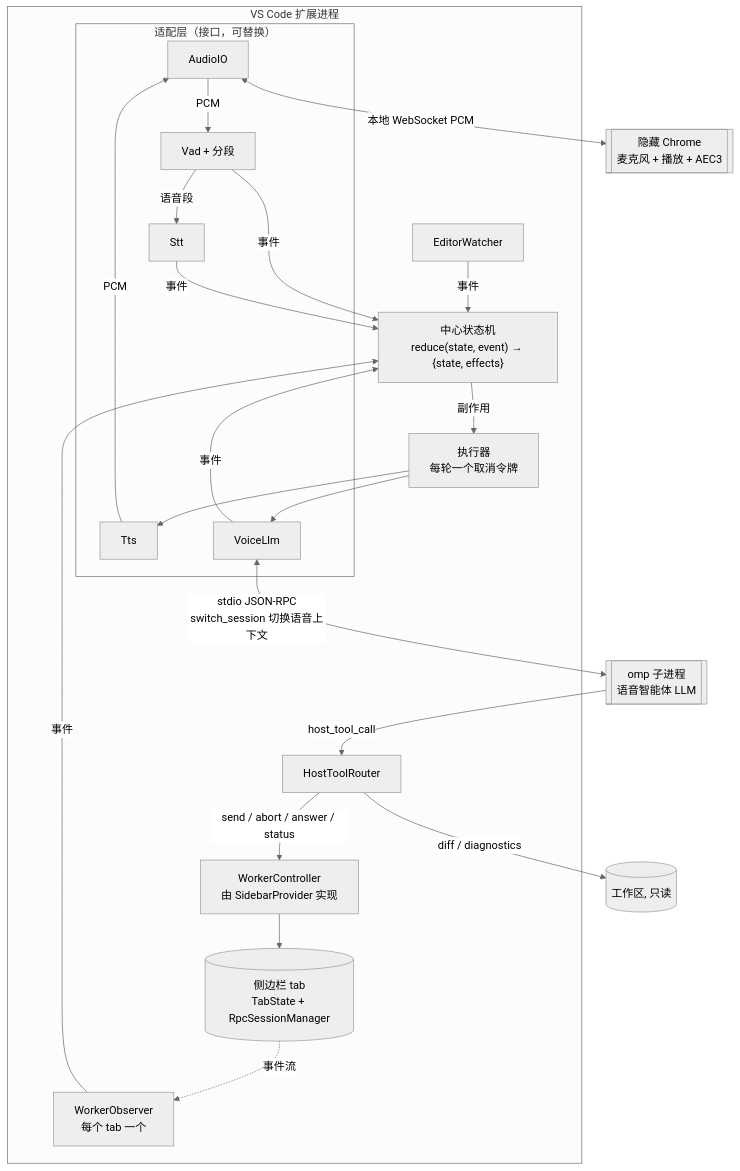
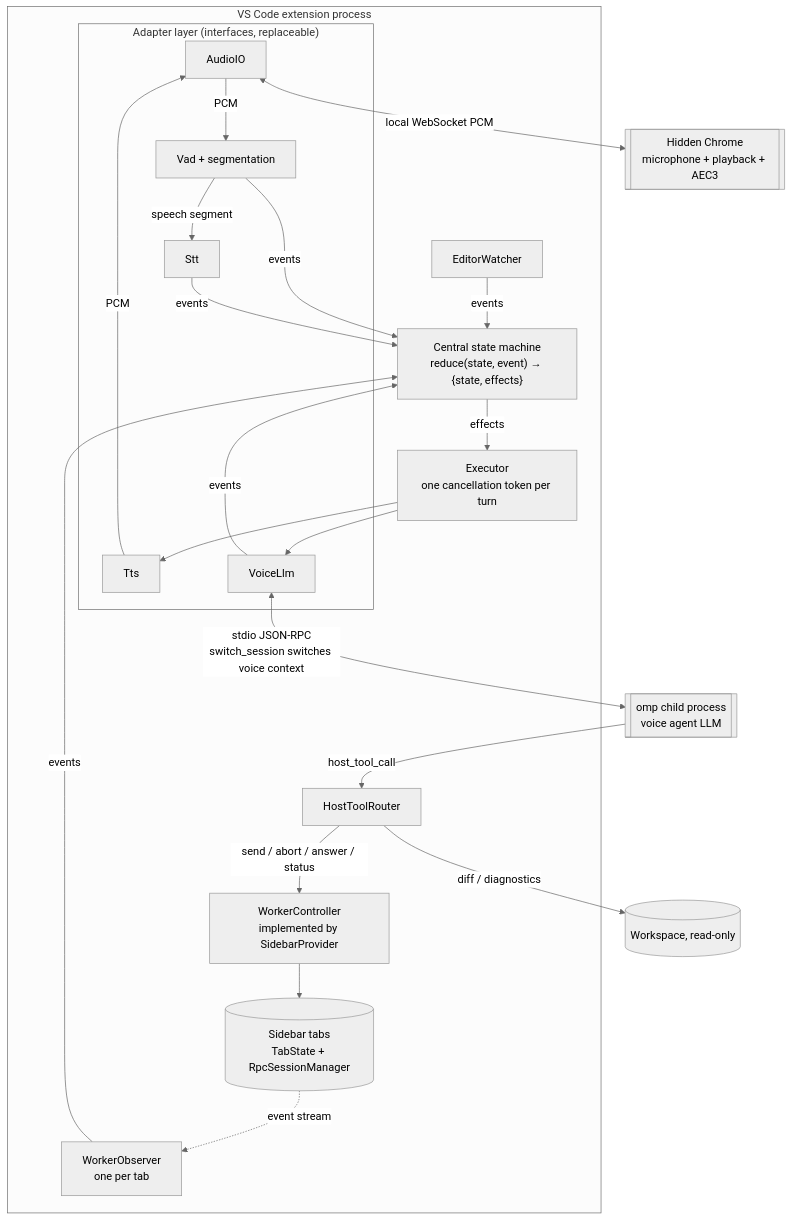
The first of 2 diagrams in docs/voice-agent-design.md (zhenguo1492/pi-fellow), drawn with Mermaid (neutral theme) before and after one commit. The commit also changed other lines of this file and 187 other files, not shown here.

````diff
--- a/docs/voice-agent-design.md
+++ b/docs/voice-agent-design.md
@@ -127,30 +127,30 @@
 ```mermaid
 flowchart TB
-  subgraph Ext["VS Code 扩展进程"]
-    subgraph IO["适配层（接口，可替换）"]
+  subgraph Ext["VS Code extension process"]
+    subgraph IO["Adapter layer (interfaces, replaceable)"]
       AIO[AudioIO]
-      VAD[Vad + 分段]
+      VAD[Vad + segmentation]
       STT[Stt]
       TTS[Tts]
       VL[VoiceLlm]
     end
-    R["中心状态机<br/>reduce(state, event) → {state, effects}"]
-    X[执行器<br/>每轮一个取消令牌]
-    OBS[WorkerObserver<br/>每个 tab 一个]
+    R["Central state machine<br/>reduce(state, event) → {state, effects}"]
+    X[Executor<br/>one cancellation token per turn]
+    OBS[WorkerObserver<br/>one per tab]
     EDW[EditorWatcher]
     HT[HostToolRouter]
-    WC[WorkerController<br/>由 SidebarProvider 实现]
-    TABS[(侧边栏 tab<br/>TabState + RpcSessionManager)]
-    AIO -->|PCM| VAD -->|语音段| STT
-    VAD & STT & VL & OBS & EDW -->|事件| R
-    R -->|副作用| X
+    WC[WorkerController<br/>implemented by SidebarProvider]
+    TABS[(Sidebar tabs<br/>TabState + RpcSessionManager)]
+    AIO -->|PCM| VAD -->|speech segment| STT
+    VAD & STT & VL & OBS & EDW -->|events| R
+    R -->|effects| X
     X --> VL
     X --> TTS -->|PCM| AIO
     HT -->|send / abort / answer / status| WC --> TABS
-    TABS -.事件流.-> OBS
+    TABS -.event stream.-> OBS
   end
-  AIO <-->|本地 WebSocket PCM| CH[[隐藏 Chrome<br/>麦克风 + 播放 + AEC3]]
-  VL <-->|stdio JSON-RPC<br/>switch_session 切换语音上下文| VP[[omp 子进程<br/>语音智能体 LLM]]
+  AIO <-->|local WebSocket PCM| CH[[Hidden Chrome<br/>microphone + playback + AEC3]]
+  VL <-->|stdio JSON-RPC<br/>switch_session switches voice context| VP[[omp child process<br/>voice agent LLM]]
   VP -->|host_tool_call| HT
-  HT -->|diff / diagnostics| FS[(工作区, 只读)]
+  HT -->|diff / diagnostics| FS[(Workspace, read-only)]
 ```
````
